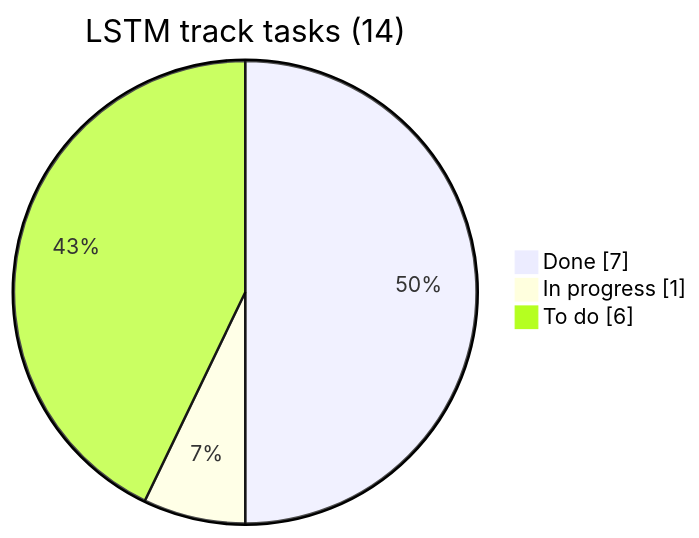
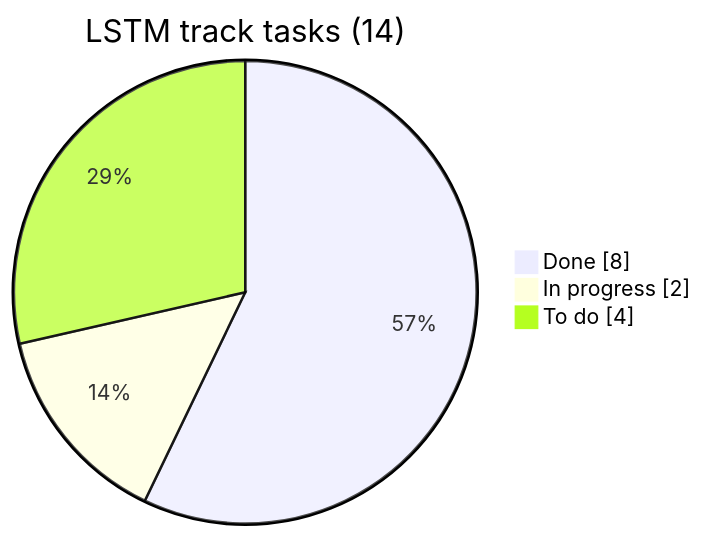
The first of 4 diagrams in progress.md (Asyxddiq/mlda-audio-workshop), drawn with Mermaid before and after one commit. The commit also changed other lines of this file and 4 other files, not shown here.

````diff
--- a/progress.md
+++ b/progress.md
@@ -17,7 +17,7 @@
 ```mermaid
 pie showData
     title LSTM track tasks (14)
-    "Done" : 7
-    "In progress" : 1
-    "To do" : 6
+    "Done" : 8
+    "In progress" : 2
+    "To do" : 4
 ```
````
